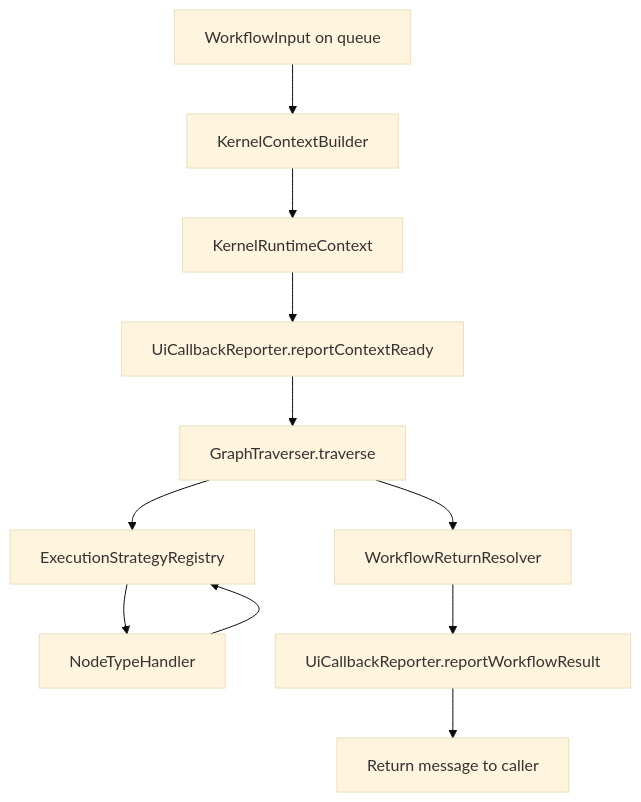
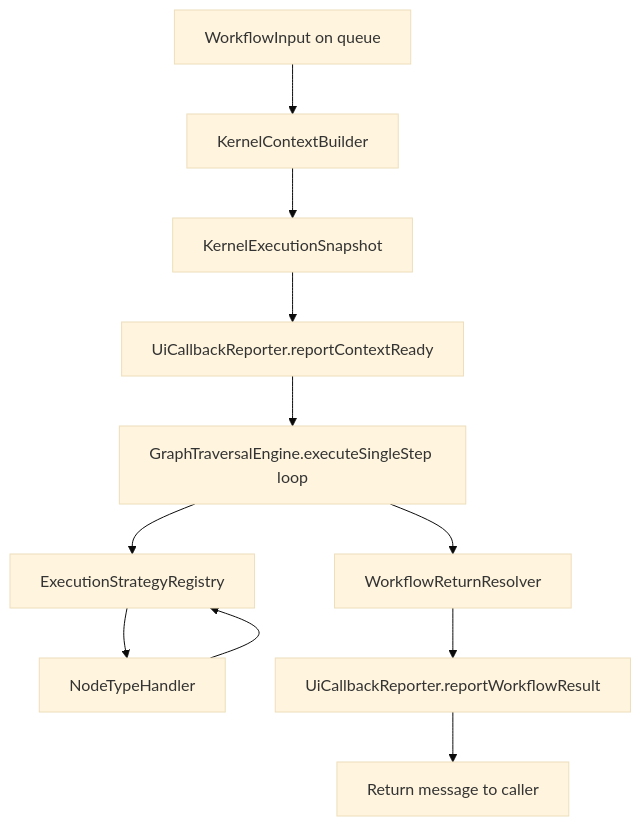
Before and after one commit to olo-labs/olo-mono: the first of 3 diagrams in olo-kernel/docs/traversal.md, drawn with Mermaid (base theme). The commit also changed other lines of this file and 74 other files, not shown here.

````diff
--- a/olo-kernel/docs/traversal.md
+++ b/olo-kernel/docs/traversal.md
@@ -37,13 +37,13 @@
 ```mermaid
 flowchart TD
     A[WorkflowInput on queue] --> B[KernelContextBuilder]
-    B --> C[KernelRuntimeContext]
+    B --> C[KernelExecutionSnapshot]
     C --> D[UiCallbackReporter.reportContextReady]
-    D --> E[GraphTraverser.traverse]
+    D --> E[GraphTraversalEngine.executeSingleStep loop]
     E --> S[ExecutionStrategyRegistry]
     S --> H[NodeTypeHandler]
     H --> S
     E --> F[WorkflowReturnResolver]
     F --> G[UiCallbackReporter.reportWorkflowResult]
     G --> I[Return message to caller]
 ```
````
